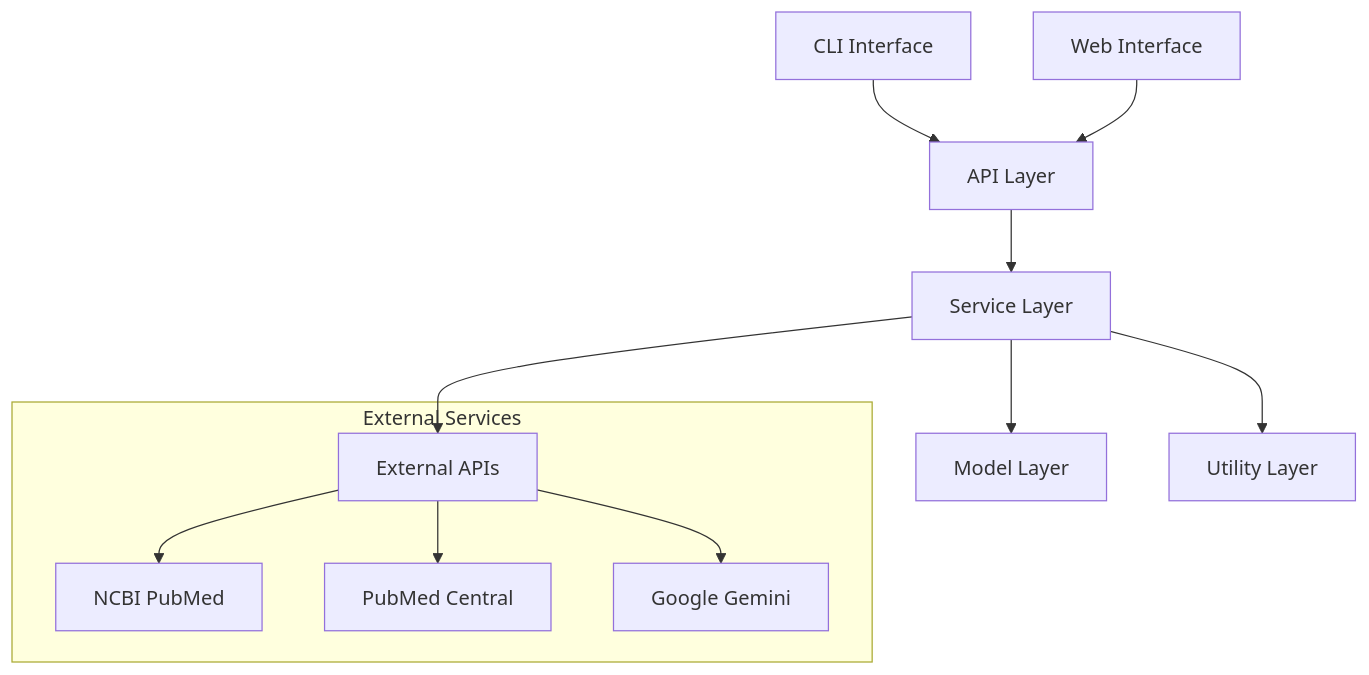
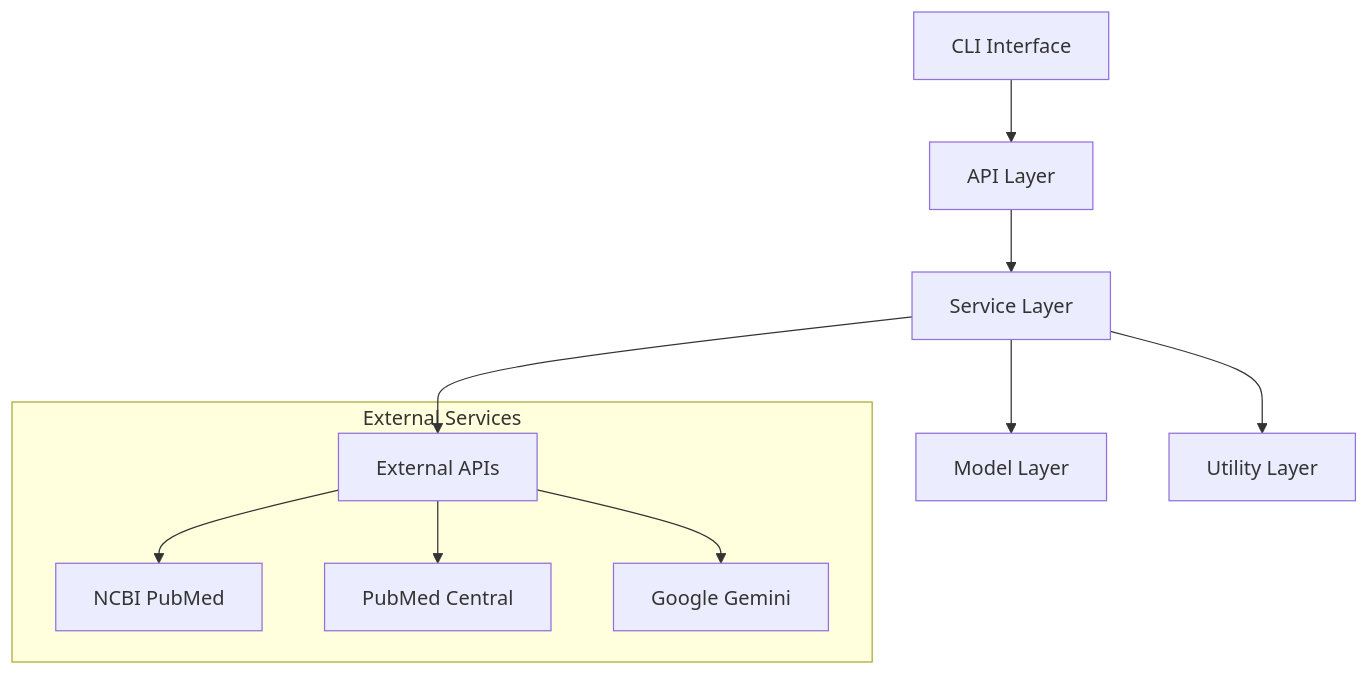
Before and after one commit to waldronlab/bioanalyzer-backend: the first of 2 diagrams in docs/ARCHITECTURE.md, drawn with Mermaid. The commit also changed other lines of this file and 10 other files, not shown here.

````diff
--- a/docs/ARCHITECTURE.md
+++ b/docs/ARCHITECTURE.md
@@ -133,15 +133,14 @@
 ```mermaid
 graph TB
     CLI[CLI Interface] --> API[API Layer]
-    WEB[Web Interface] --> API
     API --> SERVICE[Service Layer]
     SERVICE --> MODEL[Model Layer]
     SERVICE --> UTIL[Utility Layer]
     SERVICE --> EXT[External APIs]
     
     subgraph "External Services"
         EXT --> NCBI[NCBI PubMed]
         EXT --> PMC[PubMed Central]
         EXT --> GEMINI[Google Gemini]
     end
 ```
````
